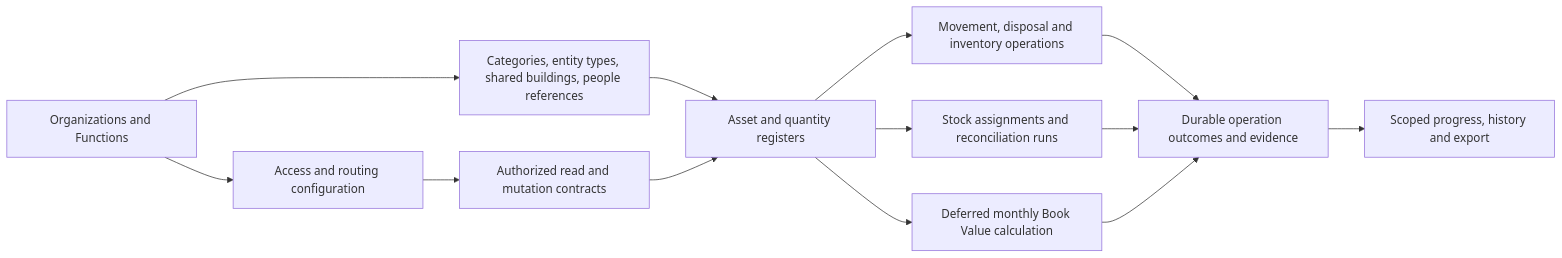
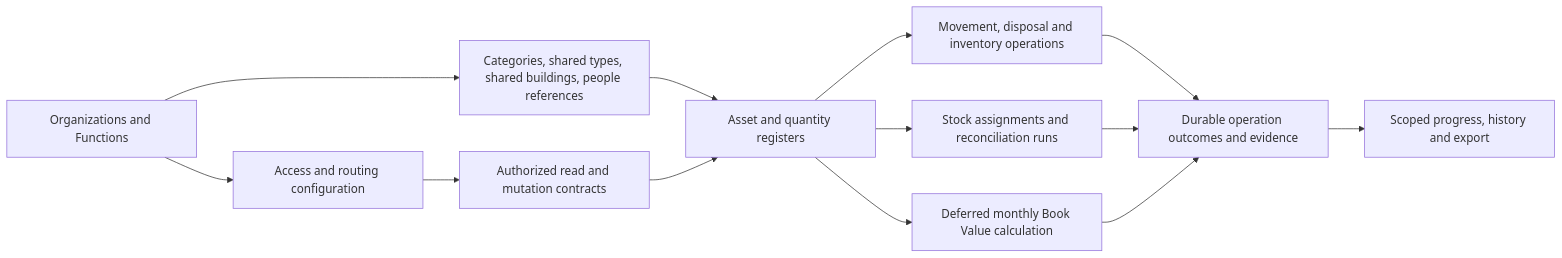
The second of 2 diagrams in Others/architecture/IMPLEMENTATION-BLUEPRINT.md (raflyhartantyo/lifecycle-asset-management-v2), drawn with Mermaid before and after one commit. The commit also changed other lines of this file and 25 other files, not shown here.

Commit message:
Review setup response 005 and adopt shared Asset Types with Global/Super maintenance (D074)

````diff
--- a/Others/architecture/IMPLEMENTATION-BLUEPRINT.md
+++ b/Others/architecture/IMPLEMENTATION-BLUEPRINT.md
@@ -101,15 +101,15 @@
 ```mermaid
 flowchart LR
     ORG[Organizations and Functions] --> ACCESS[Access and routing configuration]
-    ORG --> REFS[Categories, entity types, shared buildings, people references]
+    ORG --> REFS[Categories, shared types, shared buildings, people references]
     ACCESS --> AUTH[Authorized read and mutation contracts]
     REFS --> REG[Asset and quantity registers]
     AUTH --> REG
     REG --> TX[Movement, disposal and inventory operations]
     REG --> WORK[Stock assignments and reconciliation runs]
     TX --> EVID[Durable operation outcomes and evidence]
     WORK --> EVID
     EVID --> REPORTS[Scoped progress, history and export]
     REG --> FIN[Deferred monthly Book Value calculation]
     FIN --> EVID
 ```
````
